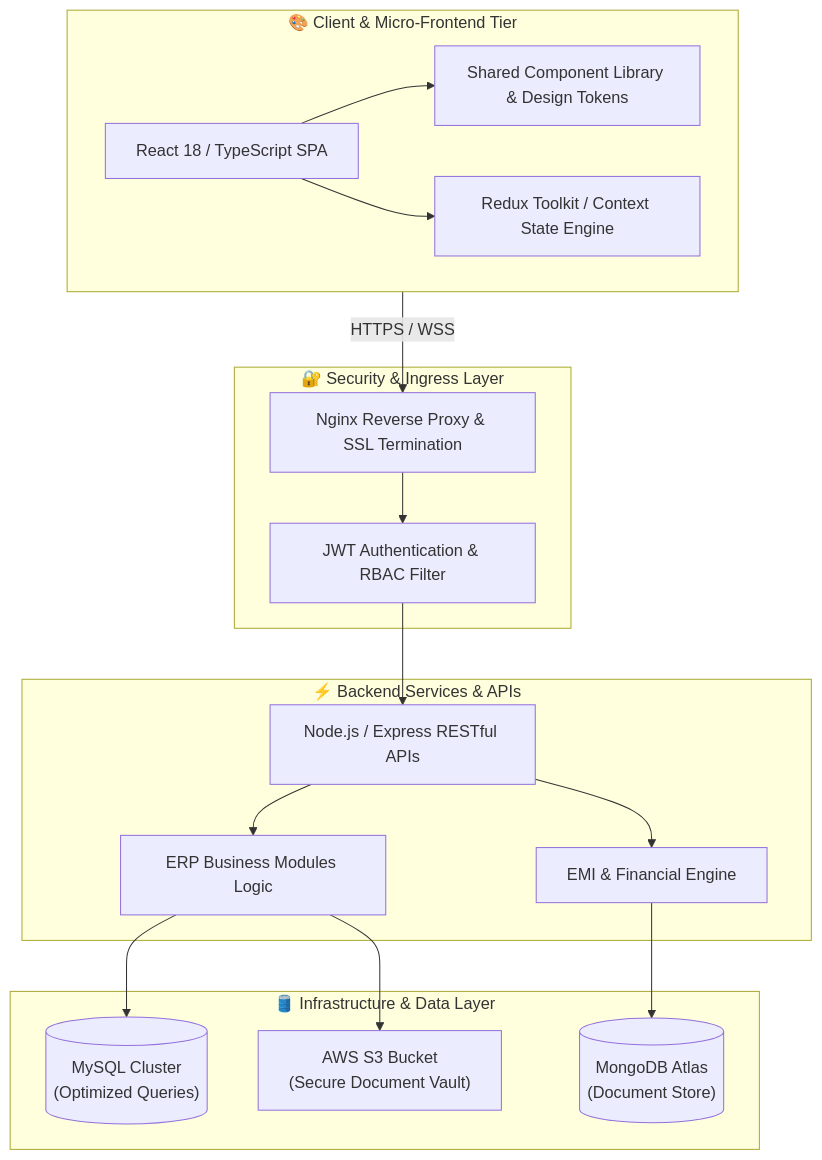
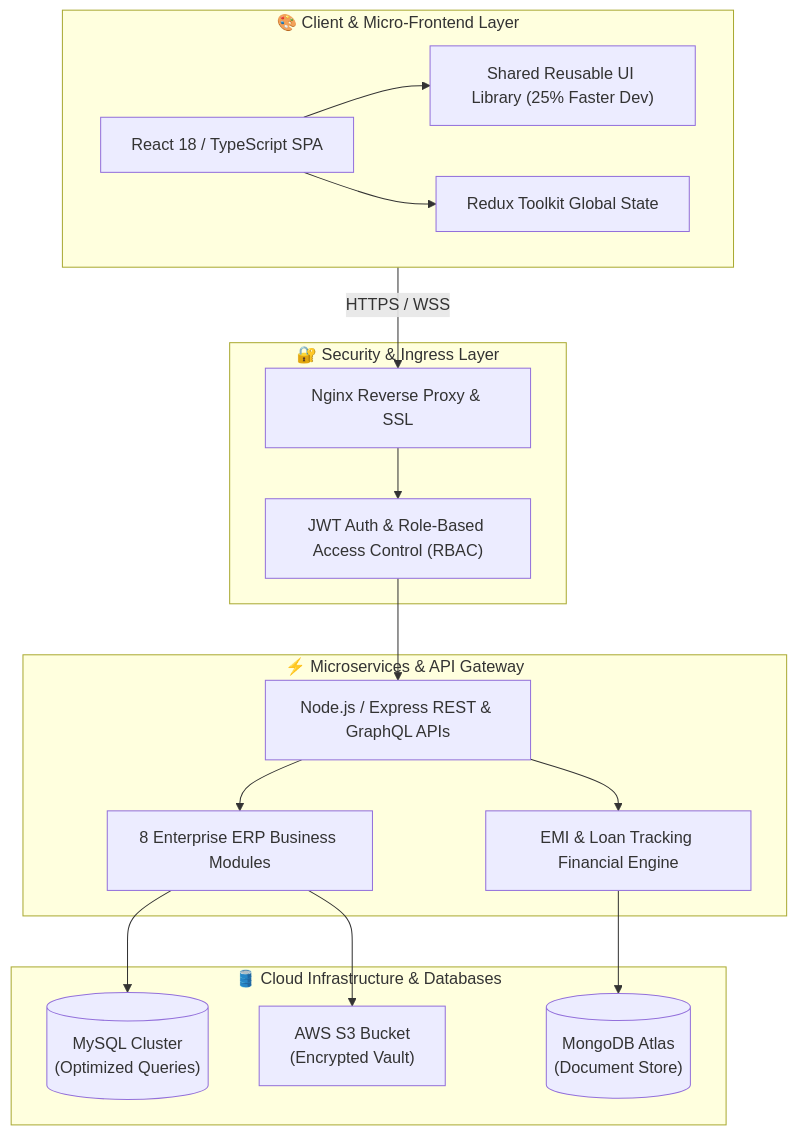
Before and after one commit to s1g1rkumar/s1g1rkumar: the diagram in README.md, drawn with Mermaid. The commit also changed other lines of this file, not shown here.

````diff
--- a/README.md
+++ b/README.md
@@ -66,40 +95,40 @@
 ```mermaid
 graph TD
     %% User Layer
-    subgraph Client_Tier ["🎨 Client & Micro-Frontend Tier"]
+    subgraph Client_Tier ["🎨 Client & Micro-Frontend Layer"]
         UI["React 18 / TypeScript SPA"]
-        MFE["Shared Component Library & Design Tokens"]
-        State["Redux Toolkit / Context State Engine"]
+        MFE["Shared Reusable UI Library (25% Faster Dev)"]
+        State["Redux Toolkit Global State"]
         UI --> MFE
         UI --> State
     end
 
     %% Security & Gateway Layer
-    subgraph Gateway_Tier ["🔐 Security & Ingress Layer"]
-        JWT["JWT Authentication & RBAC Filter"]
-        Nginx["Nginx Reverse Proxy & SSL Termination"]
+    subgraph Ingress_Tier ["🔐 Security & Ingress Layer"]
+        Nginx["Nginx Reverse Proxy & SSL"]
+        JWT["JWT Auth & Role-Based Access Control (RBAC)"]
+        Nginx --> JWT
     end
 
     %% Microservices & API Layer
-    subgraph Service_Tier ["⚡ Backend Services & APIs"]
-        API["Node.js / Express RESTful APIs"]
-        ERP["ERP Business Modules Logic"]
-        FIN["EMI & Financial Engine"]
+    subgraph Backend_Tier ["⚡ Microservices & API Gateway"]
+        API["Node.js / Express REST & GraphQL APIs"]
+        ERP["8 Enterprise ERP Business Modules"]
+        FIN["EMI & Loan Tracking Financial Engine"]
         API --> ERP
         API --> FIN
     end
 
-    %% Data & Infrastructure Layer
-    subgraph Persistence_Tier ["🛢️ Infrastructure & Data Layer"]
+    %% Data & Cloud Layer
+    subgraph Storage_Tier ["🛢️ Cloud Infrastructure & Databases"]
         MySQL[("MySQL Cluster\n(Optimized Queries)")]
         Mongo[("MongoDB Atlas\n(Document Store)")]
-        S3["AWS S3 Bucket\n(Secure Document Vault)"]
+        S3["AWS S3 Bucket\n(Encrypted Vault)"]
     end
 
     Client_Tier -->|HTTPS / WSS| Nginx
-    Nginx --> JWT
     JWT --> API
     ERP --> MySQL
     ERP --> S3
     FIN --> Mongo
 ```
````
